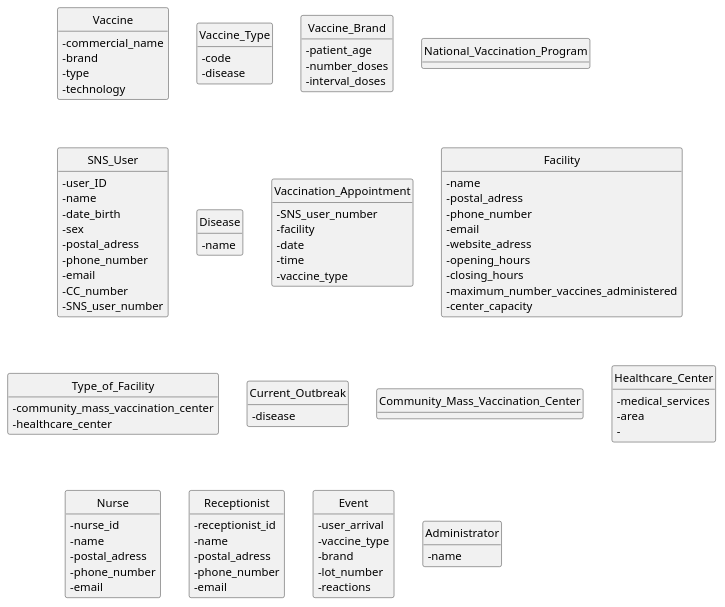
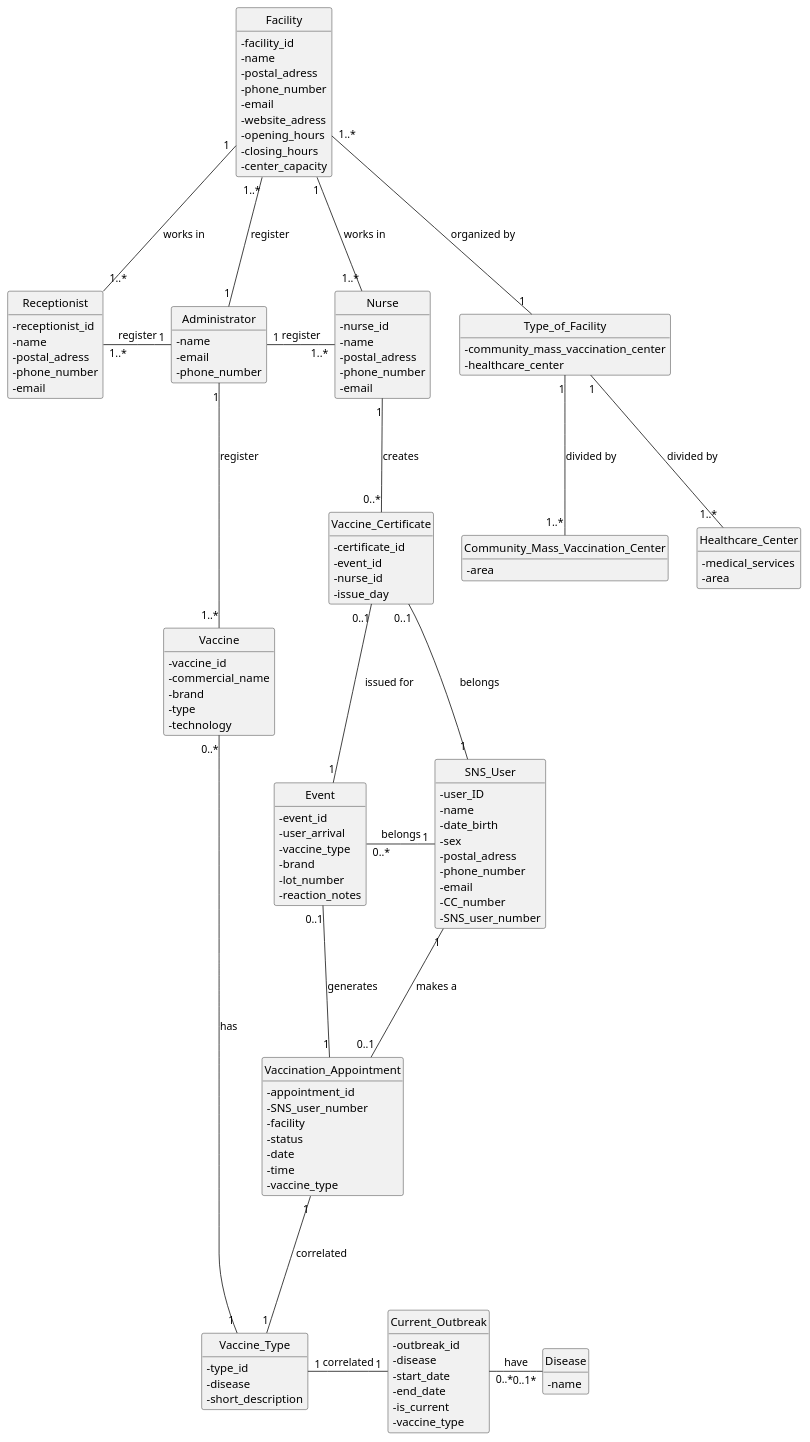
The diagram in docs/Sprint1/system-documentation/global-artifacts/puml/DM.puml (Parafita123/leti-esoft-25-26-B1), drawn with PlantUML before and after one commit. The commit also changed 1 other file, not shown here.

```diff
--- a/docs/Sprint1/system-documentation/global-artifacts/puml/DM.puml
+++ b/docs/Sprint1/system-documentation/global-artifacts/puml/DM.puml
@@ -1,117 +1,168 @@
 @startuml
 'https://plantuml.com/class-diagram
 skinparam classAttributeIconSize 0
 hide circle
 hide methods
 
 
 
 class Vaccine {
+    - vaccine_id
     - commercial_name
     - brand
     - type
     - technology
 }
 
 class Vaccine_Type {
-    - code
+    - type_id
     - disease
+    - short_description
 }
 
-class Vaccine_Brand {
-    - patient_age
-    - number_doses
-    - dosage(mm)
-    - interval_doses
-}
 
-class National_Vaccination_Program {
-}
 
 class SNS_User {
     - user_ID
     - name
     - date_birth
     - sex
     - postal_adress
     - phone_number
     - email
     - CC_number
     - SNS_user_number
 
 }
 
 class Disease {
     - name
 }
 
 
 class Vaccination_Appointment {
+    - appointment_id
     - SNS_user_number
     - facility
+    - status
     - date
     - time
     - vaccine_type
 }
 
 class Facility {
+    - facility_id
     - name
     - postal_adress
     - phone_number
     - email
     - website_adress
     - opening_hours
     - closing_hours
-    - maximum_number_vaccines_administered
     - center_capacity
 }
 
 
 class Type_of_Facility {
     -community_mass_vaccination_center
     -healthcare_center
 
 }
 
 class Current_Outbreak {
+    - outbreak_id
     - disease
+    - start_date
+    - end_date
+    - is_current
+    - vaccine_type
 }
 
 class Community_Mass_Vaccination_Center {
+    - area
 }
 
 class Healthcare_Center {
     - medical_services
     - area
-    -
 }
 
 class Nurse {
     - nurse_id
     - name
     - postal_adress
     - phone_number
     - email
 }
 
 class Receptionist {
     - receptionist_id
     - name
     - postal_adress
     - phone_number
     - email
 }
 
 class Event {
+    - event_id
     - user_arrival
     - vaccine_type
     - brand
     - lot_number
-    - reactions
+    - reaction_notes
 }
 
 class Administrator {
-    -name
+    - name
+    - email
+    - phone_number
 }
 
+class Vaccine_Certificate {
+    - certificate_id
+    - event_id
+    - nurse_id
+    - issue_day
+}
+
+
+Administrator "1" -right-- "1..*" Nurse: register
+
+Administrator "1" -left-- "1..*" Receptionist: register
+
+Administrator "1" -down-- "1..*" Vaccine: register
+
+Administrator "1" -left-- "1..*" Facility: register
+
+SNS_User "1" -down-- "0..1" Vaccination_Appointment: makes a
+
+Facility "1..*" -down-- "1" Type_of_Facility: organized by
+
+Type_of_Facility "1" -down-- "1..*" Community_Mass_Vaccination_Center: divided by
+Type_of_Facility "1" -down-- "1..*" Healthcare_Center: divided by
+
+Nurse "1..*" -left-- "1" Facility:works in
+Receptionist "1..*" -up-- "1" Facility:works in
+
+Current_Outbreak "0..*" -right-- "0..1*" Disease: have
+
+Current_Outbreak "1" -left-- "1" Vaccine_Type: correlated
+
+Vaccine "0..*" -right-- "1" Vaccine_Type: has
+
+Nurse "1" -down-- "0..*" Vaccine_Certificate: creates
+
+Vaccine_Certificate "0..1" -down- "1" Event: issued for
+
+Vaccination_Appointment "1" -down-- "1" Vaccine_Type: correlated
+
+Vaccination_Appointment "1" -up-- "0..1" Event: generates
+
+Event "0..*" -right-- "1" SNS_User: belongs
+
+SNS_User "1"  -left-- "0..1" Vaccine_Certificate: belongs
+
+
+
+
 @enduml
```
